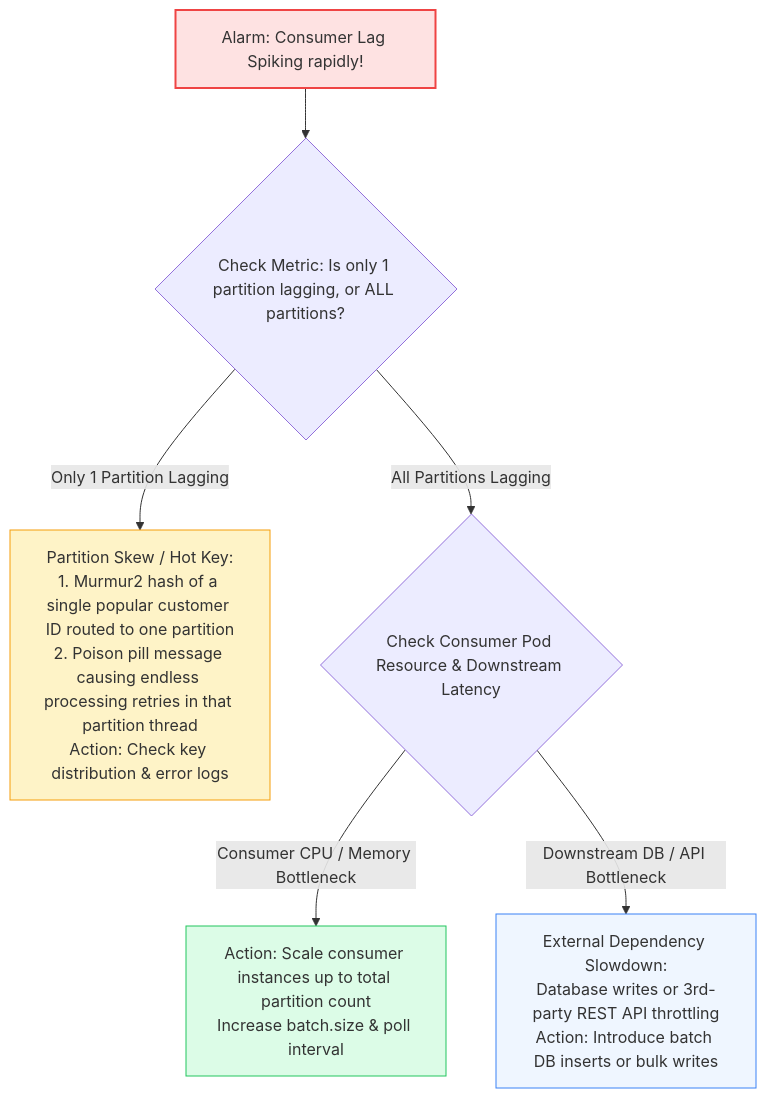
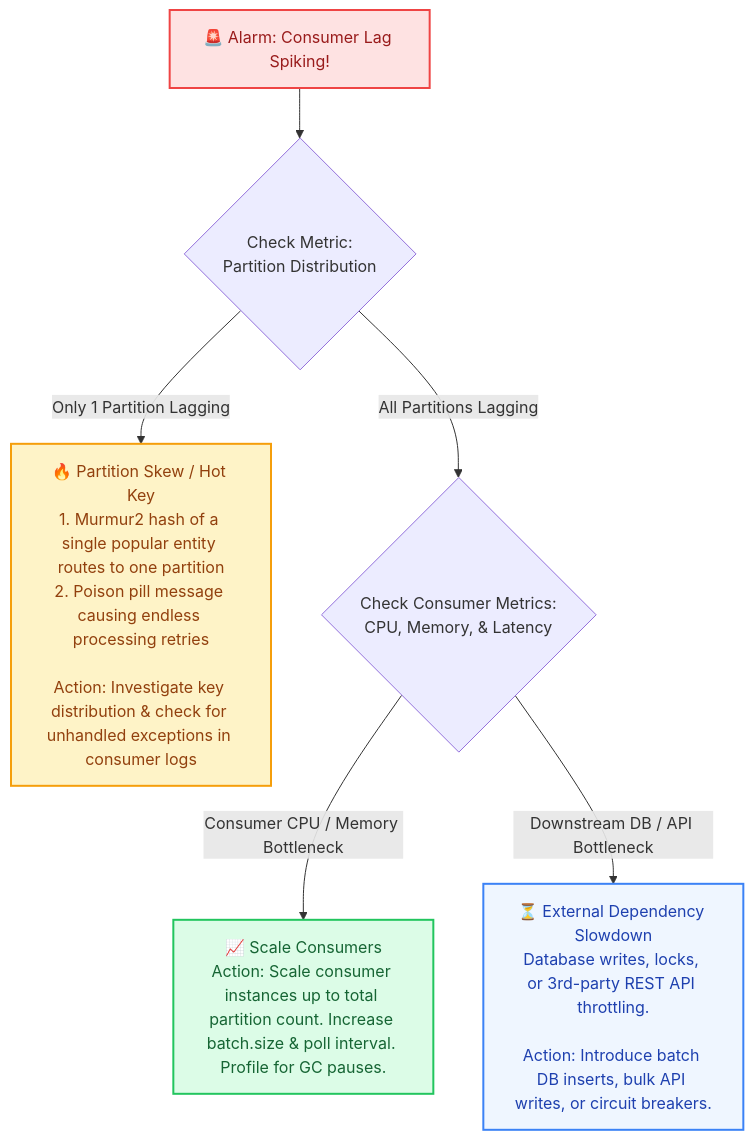
Before and after one commit to PandeyKishan/Study-Notes: the first of 2 diagrams in 03-Apache-Kafka/05-Interview-Questions-and-Failure-Scenarios.md, drawn with Mermaid. The commit also changed other lines of this file and 38 other files, not shown here.

````diff
--- a/03-Apache-Kafka/05-Interview-Questions-and-Failure-Scenarios.md
+++ b/03-Apache-Kafka/05-Interview-Questions-and-Failure-Scenarios.md
@@ -14,16 +16,16 @@
 ```mermaid
 flowchart TD
-    Spike["Alarm: Consumer Lag Spiking rapidly!"] --> Step1{"Check Metric: Is only 1 partition lagging, or ALL partitions?"}
+    Spike["🚨 Alarm: Consumer Lag Spiking!"] --> Step1{"Check Metric:\nPartition Distribution"}
     
-    Step1 -->|Only 1 Partition Lagging| HotKey["Partition Skew / Hot Key:\n1. Murmur2 hash of a single popular customer ID routed to one partition\n2. Poison pill message causing endless processing retries in that partition thread\nAction: Check key distribution & error logs"]
+    Step1 -->|Only 1 Partition Lagging| HotKey["🔥 Partition Skew / Hot Key\n1. Murmur2 hash of a single popular entity routes to one partition\n2. Poison pill message causing endless processing retries\n\nAction: Investigate key distribution & check for unhandled exceptions in consumer logs"]
     
-    Step1 -->|All Partitions Lagging| CheckCPU{"Check Consumer Pod Resource & Downstream Latency"}
+    Step1 -->|All Partitions Lagging| CheckCPU{"Check Consumer Metrics:\nCPU, Memory, & Latency"}
     
-    CheckCPU -->|Consumer CPU / Memory Bottleneck| ScaleConsumers["Action: Scale consumer instances up to total partition count\nIncrease batch.size & poll interval"]
-    CheckCPU -->|Downstream DB / API Bottleneck| DBHang["External Dependency Slowdown:\nDatabase writes or 3rd-party REST API throttling\nAction: Introduce batch DB inserts or bulk writes"]
+    CheckCPU -->|Consumer CPU / Memory Bottleneck| ScaleConsumers["📈 Scale Consumers\nAction: Scale consumer instances up to total partition count. Increase batch.size & poll interval. Profile for GC pauses."]
+    CheckCPU -->|Downstream DB / API Bottleneck| DBHang["⏳ External Dependency Slowdown\nDatabase writes, locks, or 3rd-party REST API throttling.\n\nAction: Introduce batch DB inserts, bulk API writes, or circuit breakers."]
 
-    style Spike fill:#fee2e2,stroke:#ef4444,stroke-width:2px
-    style HotKey fill:#fef3c7,stroke:#f59e0b,stroke-width:1px
-    style ScaleConsumers fill:#dcfce7,stroke:#22c55e,stroke-width:1px
-    style DBHang fill:#eff6ff,stroke:#3b82f6,stroke-width:1px
+    style Spike fill:#fee2e2,stroke:#ef4444,stroke-width:2px,color:#991b1b
+    style HotKey fill:#fef3c7,stroke:#f59e0b,stroke-width:2px,color:#92400e
+    style ScaleConsumers fill:#dcfce7,stroke:#22c55e,stroke-width:2px,color:#166534
+    style DBHang fill:#eff6ff,stroke:#3b82f6,stroke-width:2px,color:#1e40af
 ```
````
